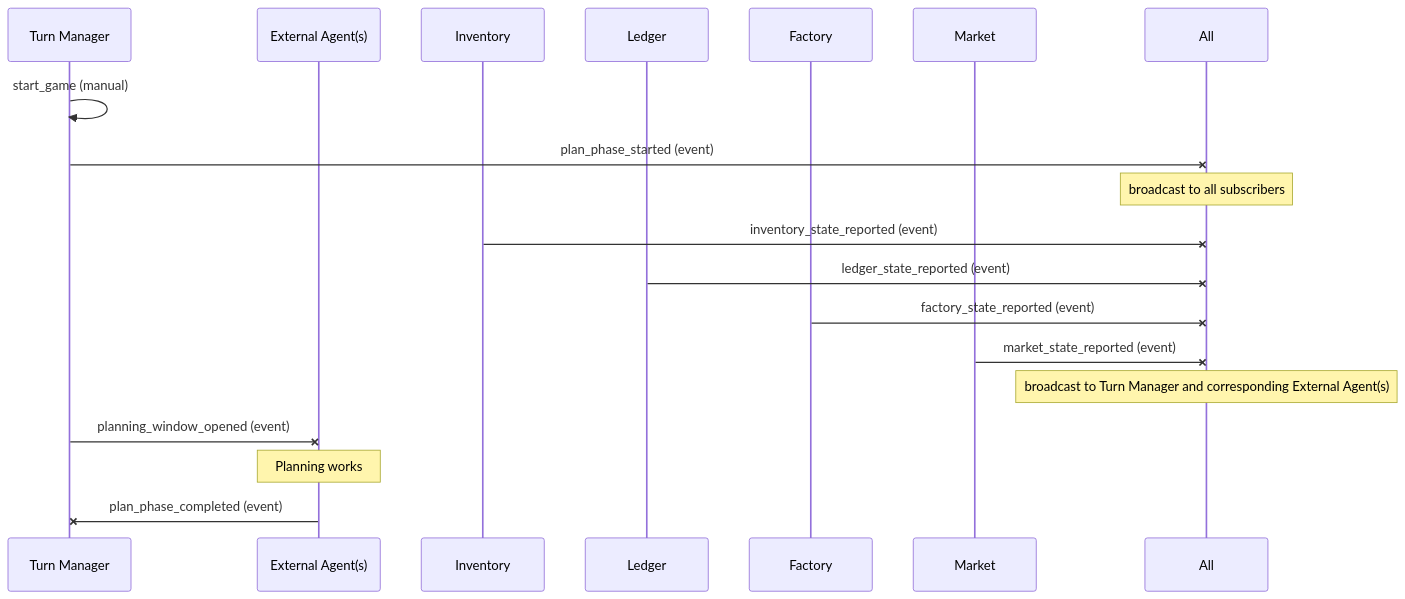
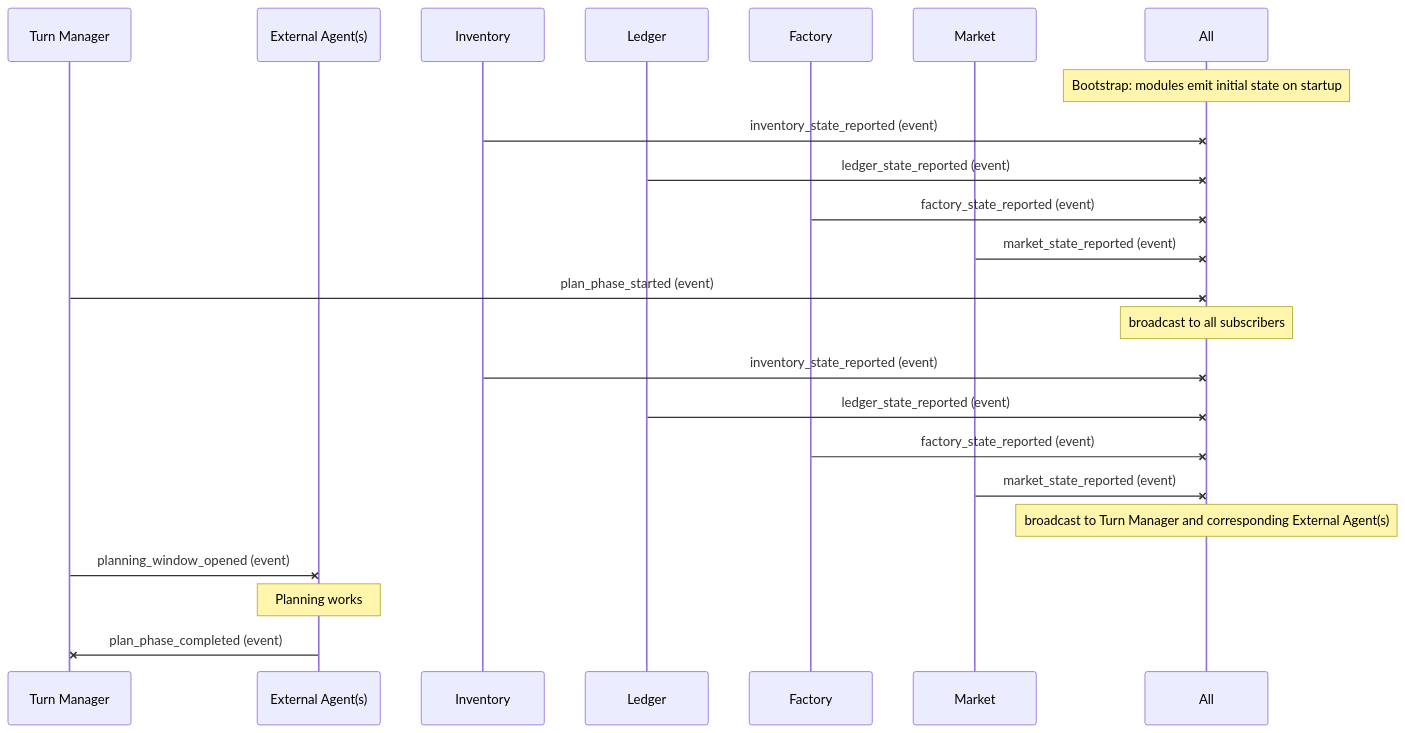
Before and after one commit to corvuslee/clipforge: the first of 7 diagrams in design_specifications/modules.md, drawn with Mermaid. The commit also changed other lines of this file and 4 other files, not shown here.

Commit message:
Add architecture doc and container decisions

````diff
--- a/design_specifications/modules.md
+++ b/design_specifications/modules.md
@@ -68,23 +68,28 @@
 ```mermaid
 sequenceDiagram
     participant TM as Turn Manager
     participant Ext as External Agent(s)
     participant Inv as Inventory
     participant Led as Ledger
     participant Fac as Factory
     participant Mar as Market
 
-    TM->>TM: start_game (manual)
+    note over All: Bootstrap: modules emit initial state on startup
+    Inv-xAll: inventory_state_reported (event)
+    Led-xAll: ledger_state_reported (event)
+    Fac-xAll: factory_state_reported (event)
+    Mar-xAll: market_state_reported (event)
+    
     TM-xAll: plan_phase_started (event)
     note over All: broadcast to all subscribers
     
     Inv-xAll: inventory_state_reported (event)
     Led-xAll: ledger_state_reported (event)
     Fac-xAll: factory_state_reported (event)
     Mar-xAll: market_state_reported (event)
     note over All: broadcast to Turn Manager and corresponding External Agent(s)
     
     TM-xExt: planning_window_opened (event)
     note over Ext: Planning works
     Ext-xTM: plan_phase_completed (event)
 ```
````
